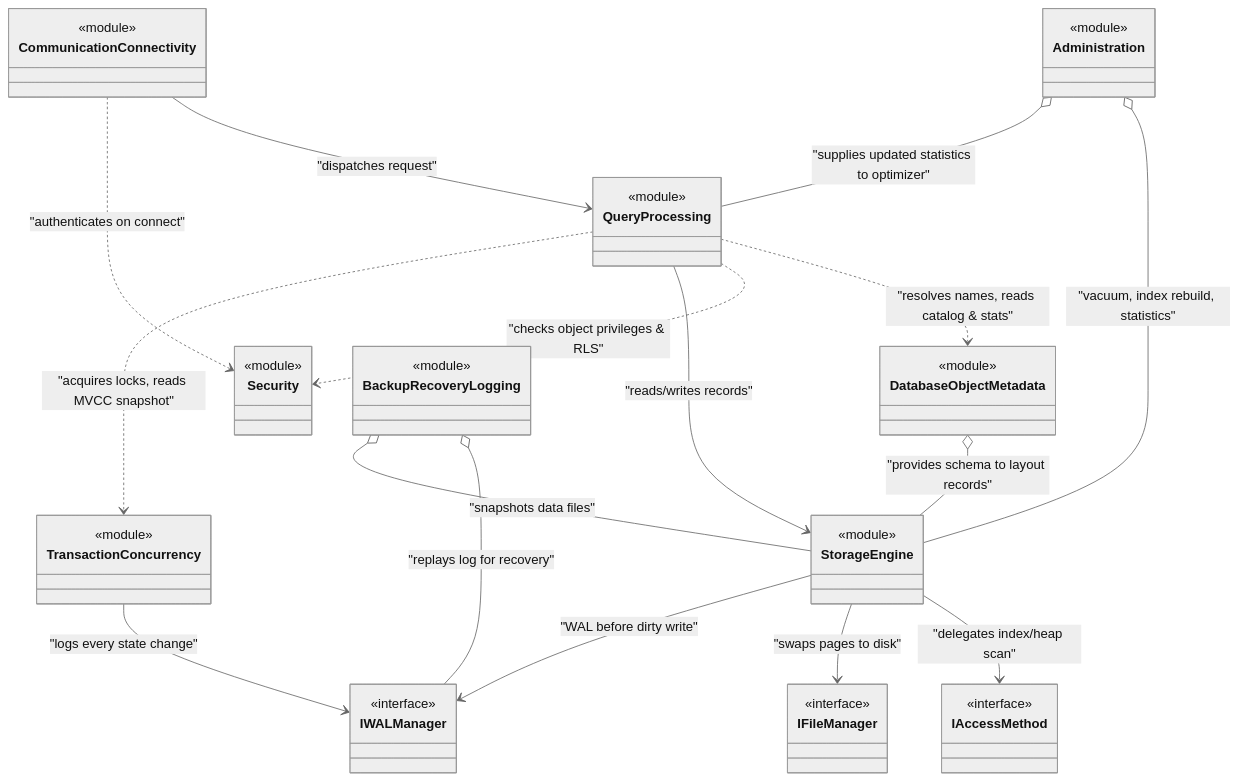
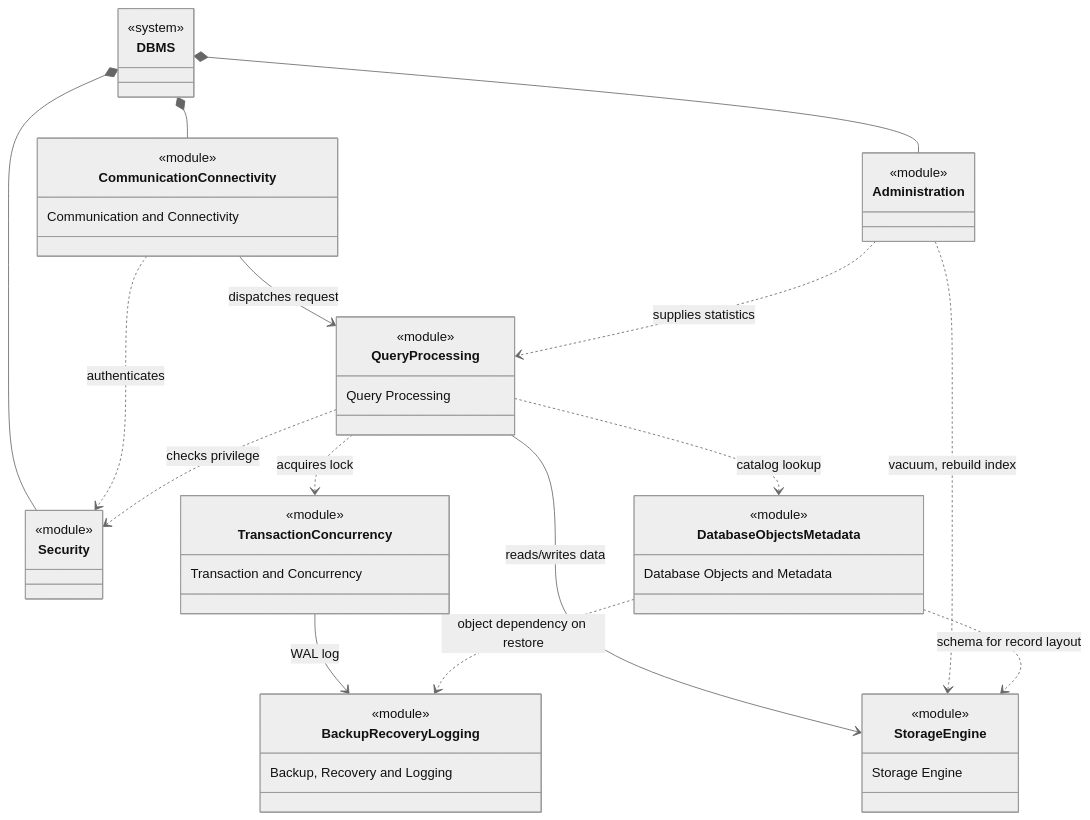
Before and after one commit to Ricky13170/DBMS: the diagram in da.md, drawn with Mermaid (neutral theme). The commit also changed other lines of this file, not shown here.

````diff
--- a/da.md
+++ b/da.md
@@ -18,35 +12,17 @@
 ```mermaid
 classDiagram
+    direction TB
 
-    %% ─────────────────────────────────────────
-    %% 8 MODULE CHÍNH
-    %% ─────────────────────────────────────────
+    class DBMS {
+        <<system>>
+    }
 
     class CommunicationConnectivity {
         <<module>>
-    }
-
-    class QueryProcessing {
-        <<module>>
-    }
-
-    class TransactionConcurrency {
-        <<module>>
+        Communication and Connectivity
     }
 
     class Security {
-        <<module>>
-    }
-
-    class DatabaseObjectMetadata {
-        <<module>>
-    }
-
-    class StorageEngine {
-        <<module>>
-    }
-
-    class BackupRecoveryLogging {
         <<module>>
     }
 
@@ -54,52 +30,56 @@
         <<module>>
     }
 
-    %% ─────────────────────────────────────────
-    %% INTERFACES TRUNG TÂM
-    %% ─────────────────────────────────────────
-
-    class IAccessMethod {
-        <<interface>>
+    class QueryProcessing {
+        <<module>>
+        Query Processing
     }
 
-    class IWALManager {
-        <<interface>>
+    class TransactionConcurrency {
+        <<module>>
+        Transaction and Concurrency
     }
 
-    class IFileManager {
-        <<interface>>
+    class BackupRecoveryLogging {
+        <<module>>
+        Backup, Recovery and Logging
     }
 
-    %% ─────────────────────────────────────────
-    %% RELATIONSHIPS
-    %% ─────────────────────────────────────────
+    class StorageEngine {
+        <<module>>
+        Storage Engine
+    }
 
-    %% Entry point: mọi request đi qua Communication
-    CommunicationConnectivity --> QueryProcessing : "dispatches request"
-    CommunicationConnectivity ..> Security : "authenticates on connect"
+    class DatabaseObjectsMetadata {
+        <<module>>
+        Database Objects and Metadata
+    }
 
-    %% Query pipeline
-    QueryProcessing ..> DatabaseObjectMetadata : "resolves names, reads catalog & stats"
-    QueryProcessing ..> Security : "checks object privileges & RLS"
-    QueryProcessing --> StorageEngine : "reads/writes records"
-    QueryProcessing ..> TransactionConcurrency : "acquires locks, reads MVCC snapshot"
+    %% --- DBMS Composition (explicit diamonds) ---
+    DBMS *-- CommunicationConnectivity
+    DBMS *-- Security
+    DBMS *-- Administration
 
-    %% Storage Engine dùng interfaces
-    StorageEngine --> IAccessMethod : "delegates index/heap scan"
-    StorageEngine --> IFileManager : "swaps pages to disk"
-    StorageEngine --> IWALManager : "WAL before dirty write"
+    %% --- Main request pipeline ---
+    CommunicationConnectivity --> QueryProcessing : dispatches request
 
-    %% Transaction phối hợp với WAL
-    TransactionConcurrency --> IWALManager : "logs every state change"
+    %% --- Security cross-cutting ---
+    CommunicationConnectivity ..> Security : authenticates
+    QueryProcessing ..> Security : checks privilege
 
-    %% Backup dùng WAL và checkpoint
-    BackupRecoveryLogging o-- IWALManager : "replays log for recovery"
-    BackupRecoveryLogging o-- StorageEngine : "snapshots data files"
+    %% --- Query to lower layers ---
+    QueryProcessing ..> TransactionConcurrency : acquires lock
+    QueryProcessing --> StorageEngine : reads/writes data
+    QueryProcessing ..> DatabaseObjectsMetadata : catalog lookup
 
-    %% Administration hỗ trợ ngang
-    Administration o-- StorageEngine : "vacuum, index rebuild, statistics"
-    Administration o-- QueryProcessing : "supplies updated statistics to optimizer"
+    %% --- Transaction to WAL ---
+    TransactionConcurrency --> BackupRecoveryLogging : WAL log
 
-    %% Metadata là nền tảng chung
-    DatabaseObjectMetadata o-- StorageEngine : "provides schema to layout records"
+    %% --- Administration support ---
+    Administration ..> QueryProcessing : supplies statistics
+    Administration ..> StorageEngine : vacuum, rebuild index
+
+    %% --- Metadata support ---
+    DatabaseObjectsMetadata ..> StorageEngine : schema for record layout
+    DatabaseObjectsMetadata ..> BackupRecoveryLogging : object dependency on restore
 ```
````
